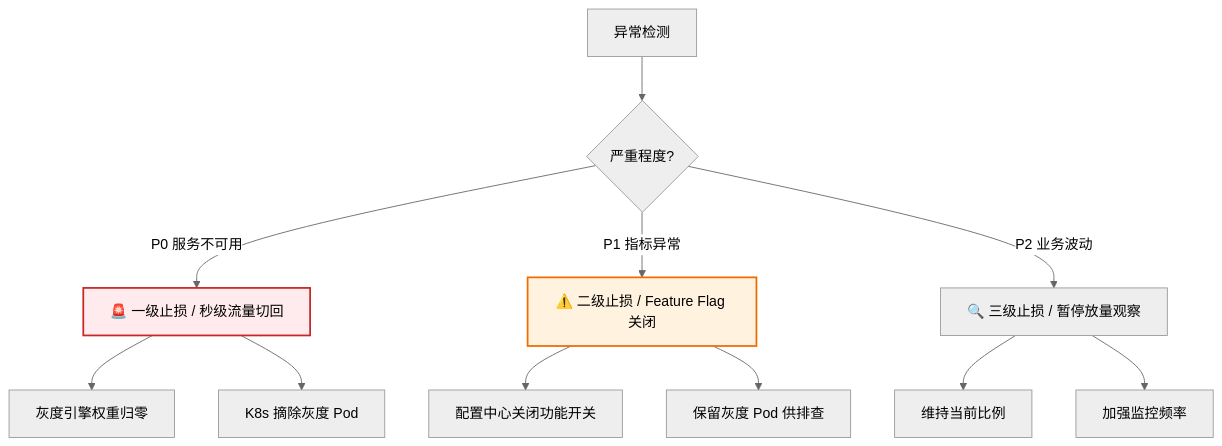
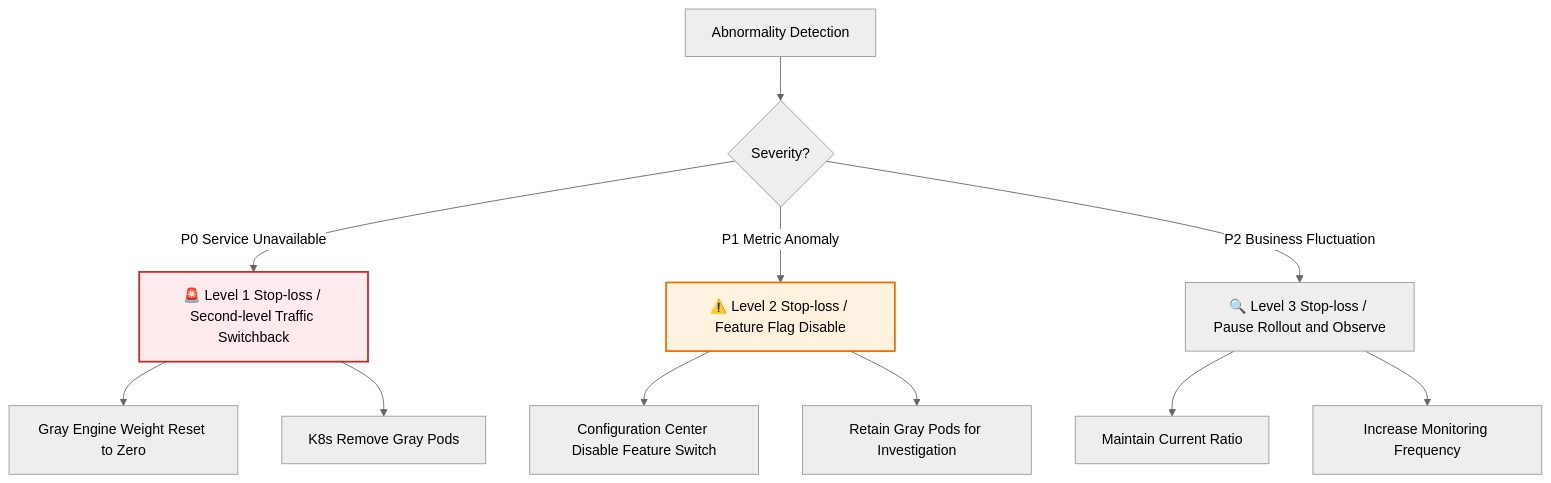
The eighth of 9 diagrams in templates/产品/交付层/【模板】灰度方案.md (Kirky-X/cangjie), drawn with Mermaid (neutral theme) before and after one commit. The commit also changed other lines of this file and 60 other files, not shown here.

````diff
--- a/templates/产品/交付层/【模板】灰度方案.md
+++ b/templates/产品/交付层/【模板】灰度方案.md
@@ -401,17 +401,17 @@
 ```mermaid
 flowchart TD
-    A[异常检测] --> B{严重程度?}
-    B -->|P0 服务不可用| C[🚨 一级止损 / 秒级流量切回]
-    B -->|P1 指标异常| D[⚠️ 二级止损 / Feature Flag 关闭]
-    B -->|P2 业务波动| E[🔍 三级止损 / 暂停放量观察]
+    A[Abnormality Detection] --> B{Severity?}
+    B -->|P0 Service Unavailable| C[🚨 Level 1 Stop-loss / Second-level Traffic Switchback]
+    B -->|P1 Metric Anomaly| D[⚠️ Level 2 Stop-loss / Feature Flag Disable]
+    B -->|P2 Business Fluctuation| E[🔍 Level 3 Stop-loss / Pause Rollout and Observe]
 
-    C --> F[灰度引擎权重归零]
-    C --> G[K8s 摘除灰度 Pod]
-    D --> H[配置中心关闭功能开关]
-    D --> I[保留灰度 Pod 供排查]
-    E --> J[维持当前比例]
-    E --> K[加强监控频率]
+    C --> F[Gray Engine Weight Reset to Zero]
+    C --> G[K8s Remove Gray Pods]
+    D --> H[Configuration Center Disable Feature Switch]
+    D --> I[Retain Gray Pods for Investigation]
+    E --> J[Maintain Current Ratio]
+    E --> K[Increase Monitoring Frequency]
 
     style C fill:#ffebee,stroke:#c62828,stroke-width:2px
     style D fill:#fff3e0,stroke:#ef6c00,stroke-width:2px
 ```
````
